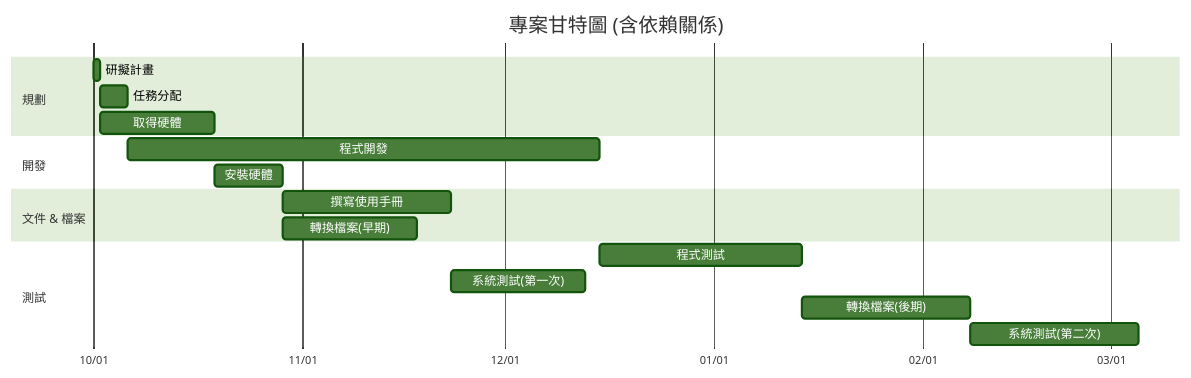
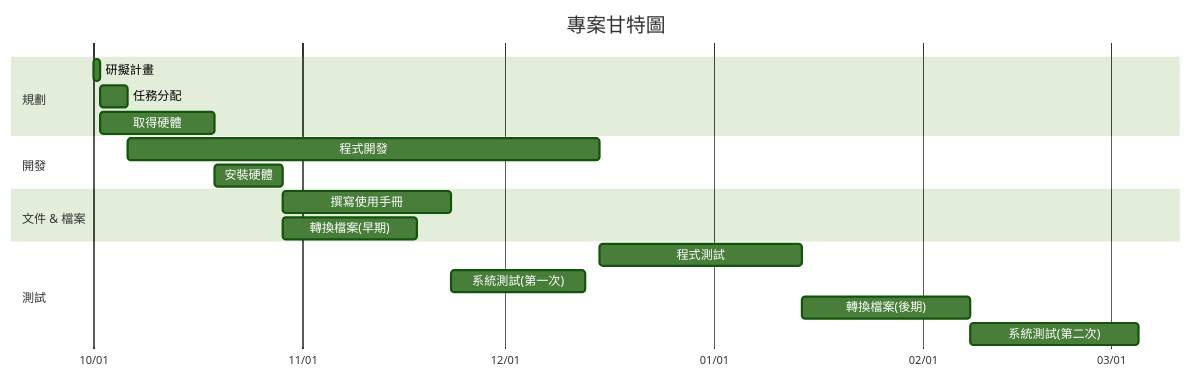
The first of 2 diagrams in hw2.md (jiahong32/114-1_SAD), drawn with Mermaid (forest theme) before and after one commit.

````diff
--- a/hw2.md
+++ b/hw2.md
@@ -18,27 +18,27 @@
 ```mermaid
 gantt
-    title 專案甘特圖 (含依賴關係)
+    title 專案甘特圖
     dateFormat  YYYY-MM-DD
     axisFormat  %m/%d
 
     %% 假設 第1天 = 2025-01-01
 
     section 規劃
     研擬計畫          :no1, 2025-10-01, 1d
     任務分配          :no2, after no1, 4d
     取得硬體          :no3, after no1, 17d
 
     section 開發
     程式開發          :no4, after no2, 70d
     安裝硬體          :no5, after no3, 10d
 
     section 文件 & 檔案
     撰寫使用手冊       :no7, after no5, 25d
     轉換檔案(早期)     :no8, after no5, 20d
 
     section 測試
     程式測試          :no6, after no4, 30d
     系統測試(第一次)   :no10, after no7, 20d
     轉換檔案(後期)     :no9, after no6, 25d
     系統測試(第二次)   :no11, after no9, 25d
 ```
````
